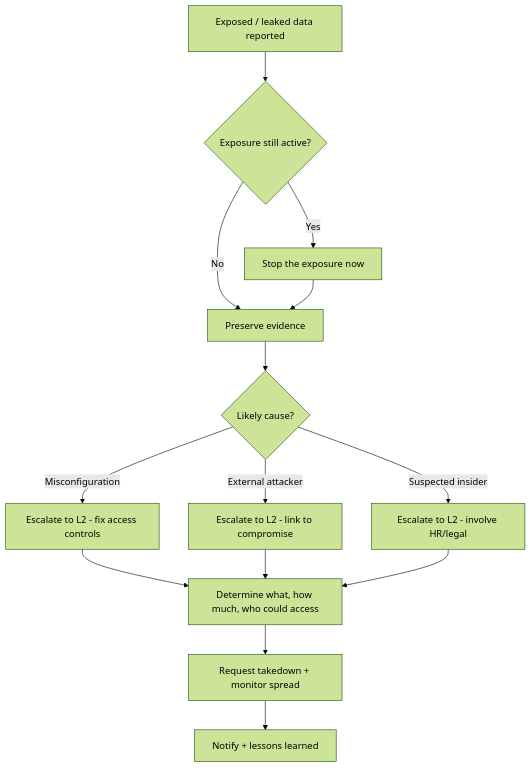
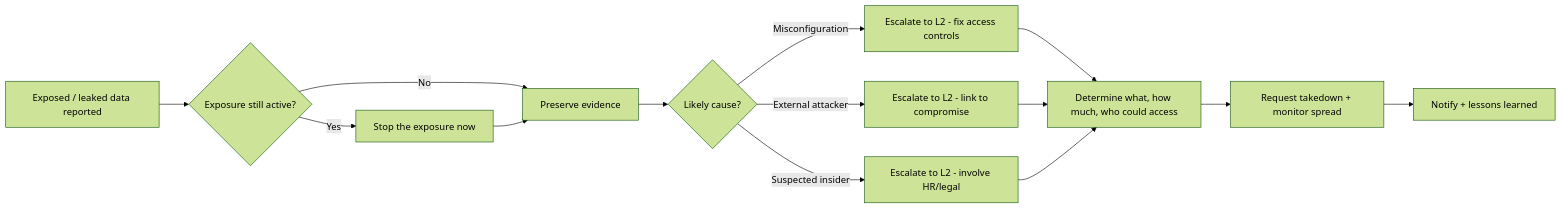
The diagram in docs/runbooks/data-leak.md (MiracleDvm/ir-firstline), drawn with Mermaid (forest theme) before and after one commit. The commit also changed other lines of this file and 26 other files, not shown here.

Commit message:
Fix decision-tree diagram sizing/legibility, add PDF export, land tool links -- Convert decision trees to horizontal/collapsible, link cited tools/sources

````diff
--- a/docs/runbooks/data-leak.md
+++ b/docs/runbooks/data-leak.md
@@ -30,16 +32,16 @@
-```mermaid
-flowchart TD
-    A[Exposed / leaked data reported] --> B{Exposure still active?}
-    B -->|Yes| C[Stop the exposure now]
-    B -->|No| D[Preserve evidence]
-    C --> D
-    D --> E{Likely cause?}
-    E -->|Misconfiguration| F[Escalate to L2 - fix access controls]
-    E -->|External attacker| G[Escalate to L2 - link to compromise]
-    E -->|Suspected insider| H[Escalate to L2 - involve HR/legal]
-    F --> I[Determine what, how much, who could access]
-    G --> I
-    H --> I
-    I --> J[Request takedown + monitor spread]
-    J --> K[Notify + lessons learned]
-```
+    ```mermaid
+    flowchart LR
+        A[Exposed / leaked data reported] --> B{Exposure still active?}
+        B -->|Yes| C[Stop the exposure now]
+        B -->|No| D[Preserve evidence]
+        C --> D
+        D --> E{Likely cause?}
+        E -->|Misconfiguration| F[Escalate to L2 - fix access controls]
+        E -->|External attacker| G[Escalate to L2 - link to compromise]
+        E -->|Suspected insider| H[Escalate to L2 - involve HR/legal]
+        F --> I[Determine what, how much, who could access]
+        G --> I
+        H --> I
+        I --> J[Request takedown + monitor spread]
+        J --> K[Notify + lessons learned]
+    ```
````
